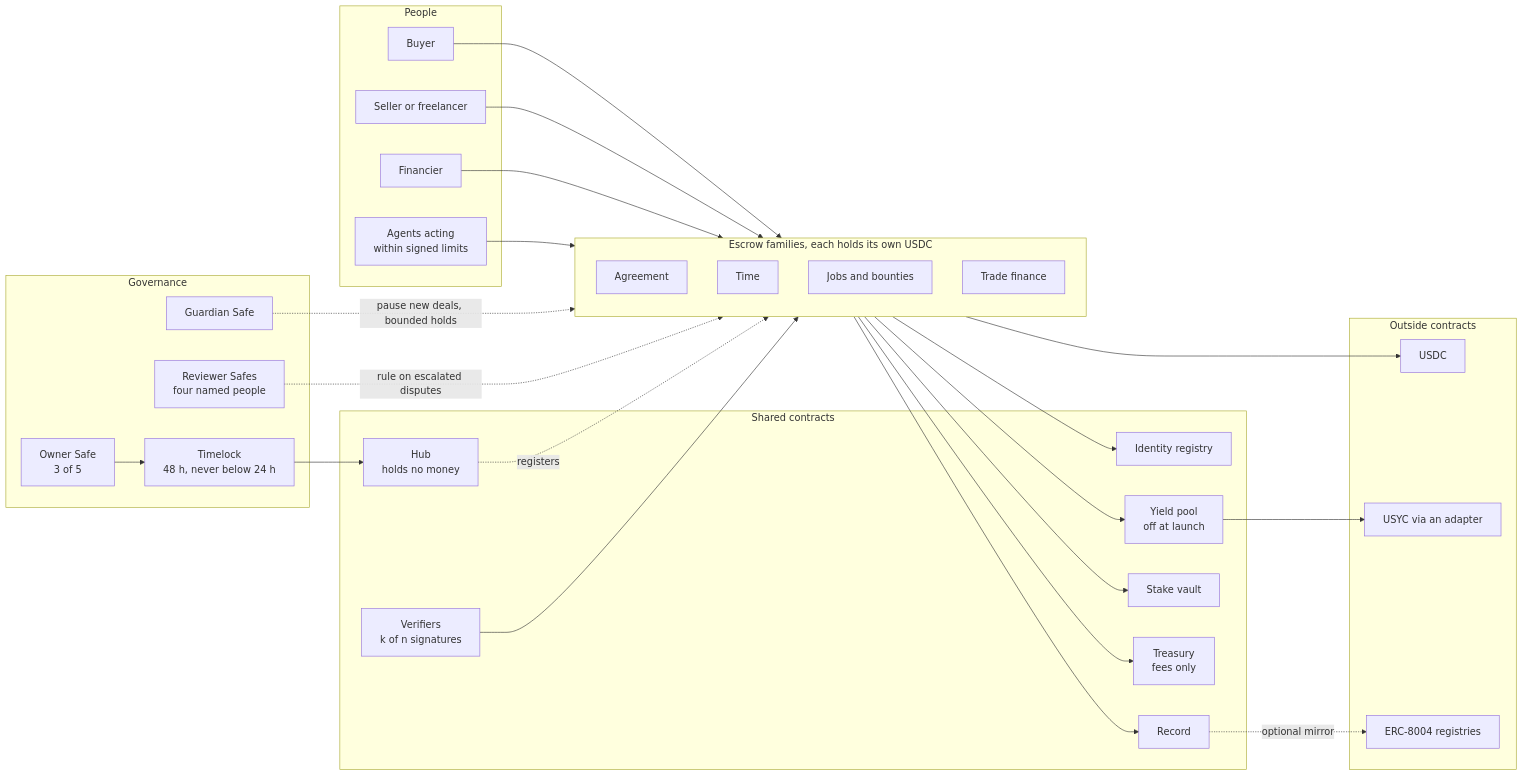
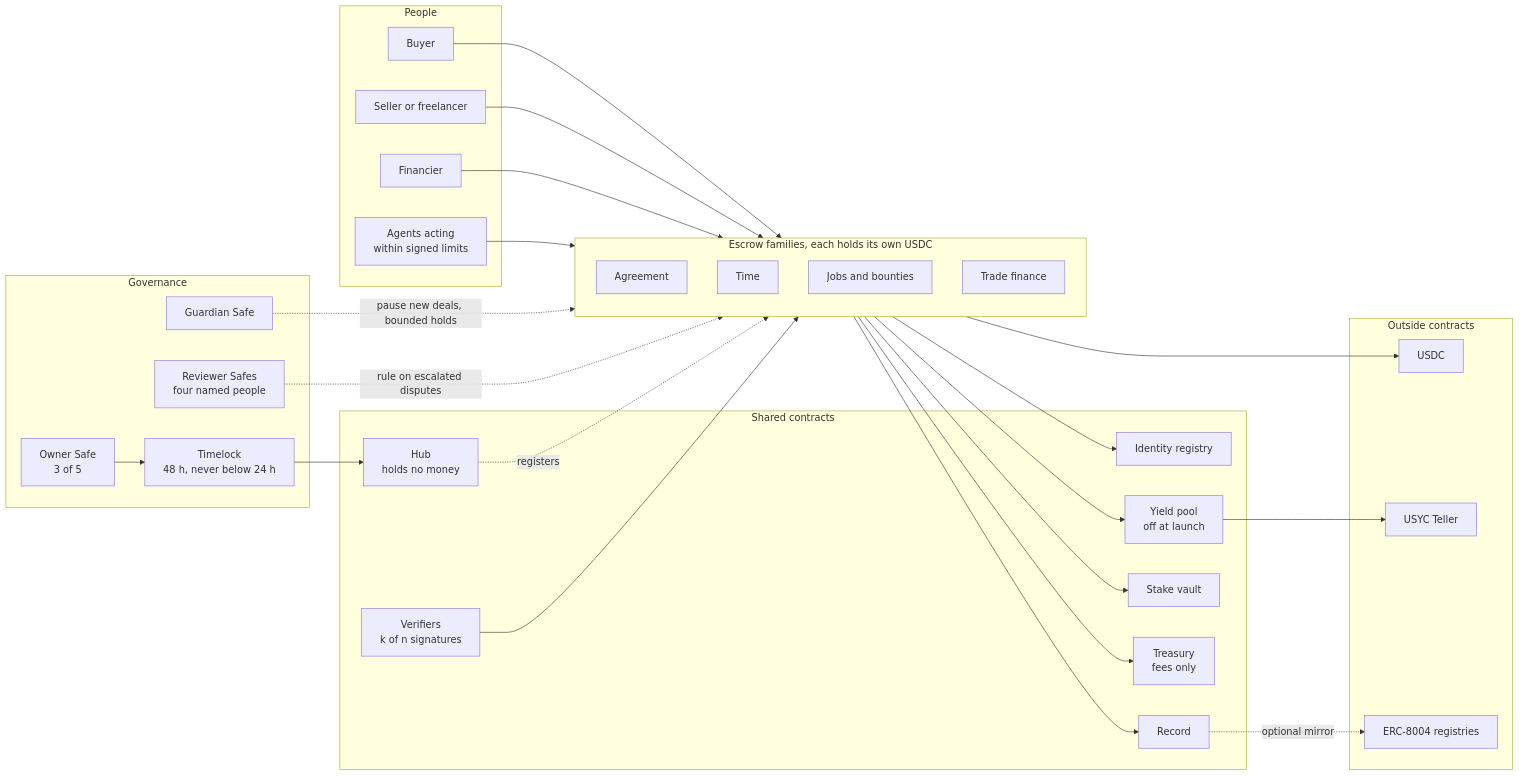
The first of 6 diagrams in docs/architecture/11-contracts.md (Iziedking/Karwan), drawn with Mermaid before and after one commit. The commit also changed other lines of this file, not shown here.

Commit message:
docs(architecture): the yield pool built, deal money parked by share and paid out in full or owed, yield above a cushion to the fee recipient; stake withdrawals wait 7 days

````diff
--- a/docs/architecture/11-contracts.md
+++ b/docs/architecture/11-contracts.md
@@ -20,46 +20,46 @@
 ```mermaid
 flowchart LR
   subgraph People
     B[Buyer]
     S[Seller or freelancer]
     F[Financier]
     A[Agents acting<br/>within signed limits]
   end
   subgraph Gov[Governance]
     OS[Owner Safe<br/>3 of 5]
     TL[Timelock<br/>48 h, never below 24 h]
     GS[Guardian Safe]
     RV[Reviewer Safes<br/>four named people]
   end
   subgraph Families[Escrow families, each holds its own USDC]
     AG[Agreement]
     TM[Time]
     JB[Jobs and bounties]
     TF[Trade finance]
   end
   subgraph Shared[Shared contracts]
     HUB[Hub<br/>holds no money]
     ID[Identity registry]
     REC[Record]
     SV[Stake vault]
     TR[Treasury<br/>fees only]
     YP[Yield pool<br/>off at launch]
     VF[Verifiers<br/>k of n signatures]
   end
   subgraph Outside[Outside contracts]
     USDC[USDC]
-    USYC[USYC via an adapter]
+    USYC[USYC Teller]
     E8004[ERC-8004 registries]
   end
 
   B & S & F & A --> Families
   OS --> TL --> HUB
   GS -. pause new deals, bounded holds .-> Families
   RV -. rule on escalated disputes .-> Families
   HUB -. registers .-> Families
   VF --> Families
   Families --> ID & REC & SV & TR & YP
   Families --> USDC
   YP --> USYC
   REC -. optional mirror .-> E8004
 ```
````
